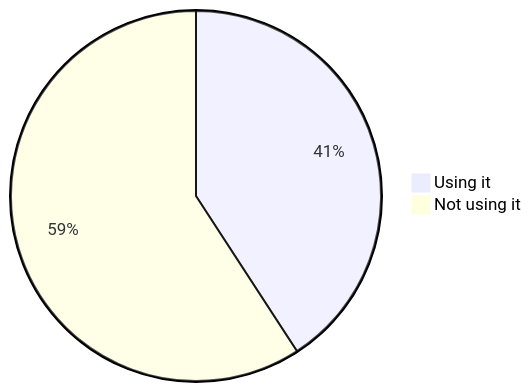
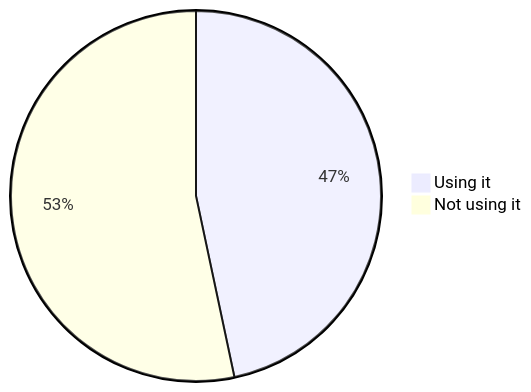
One commit to oshp/oshp-stats changed the second of 18 diagrams in stats.md. Above: the diagram before and after it, drawn with Mermaid. The commit also changed other lines of this file and 1 other file, not shown here.

````diff
--- a/stats.md
+++ b/stats.md
@@ -20,6 +20,6 @@
 ```mermaid
 pie
-	"Using it" : 40.82
-	"Not using it" : 59.18
+	"Using it" : 46.67
+	"Not using it" : 53.33
 
 ```
````
